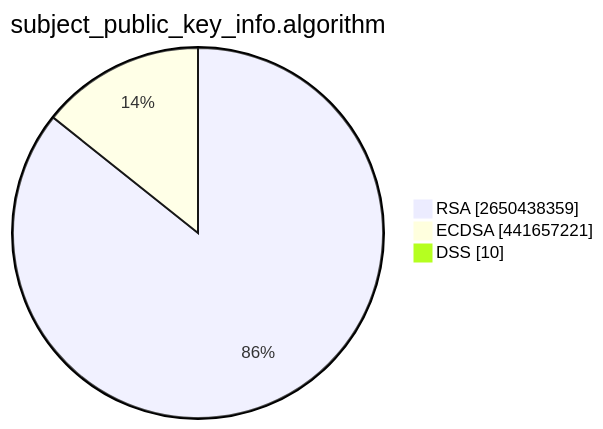
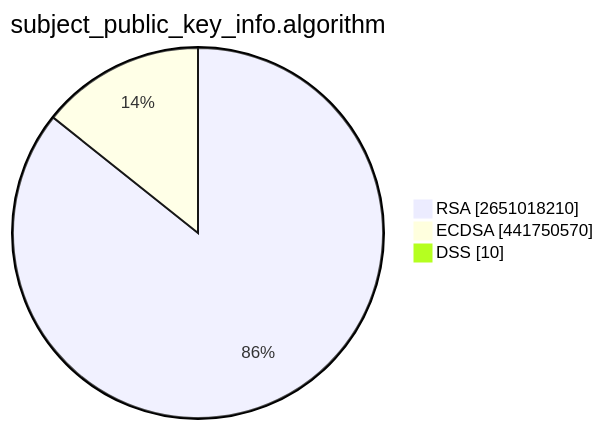
Before and after one commit to christiankrug/ctmonitor_visualization: the second of 15 diagrams in TOTAL/README.md, drawn with Mermaid. The commit also changed other lines of this file, not shown here.

````diff
--- a/TOTAL/README.md
+++ b/TOTAL/README.md
@@ -6,7 +6,7 @@
 ```mermaid
 pie showData
 title subject_public_key_info.algorithm
-"RSA" :2650438359
-"ECDSA" :441657221
+"RSA" :2651018210
+"ECDSA" :441750570
 "DSS" :10
 ```
````
